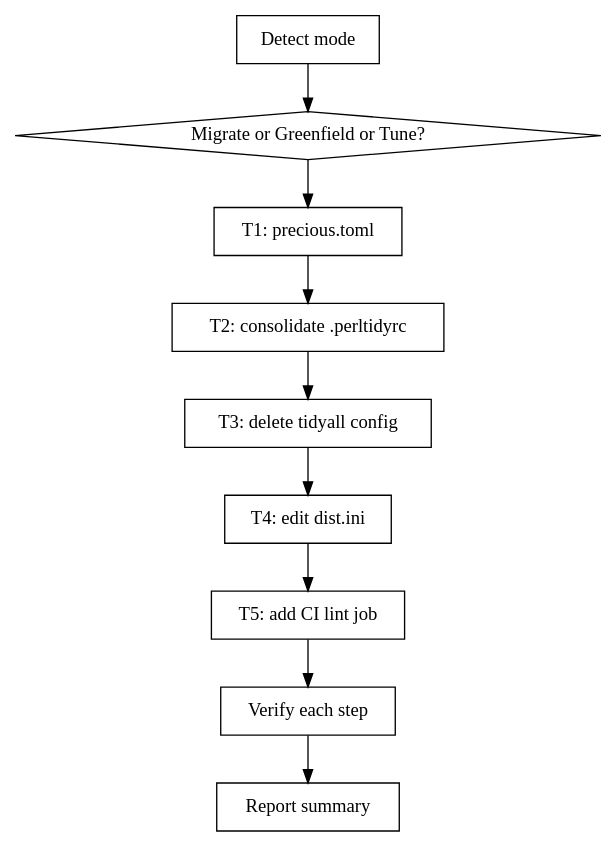
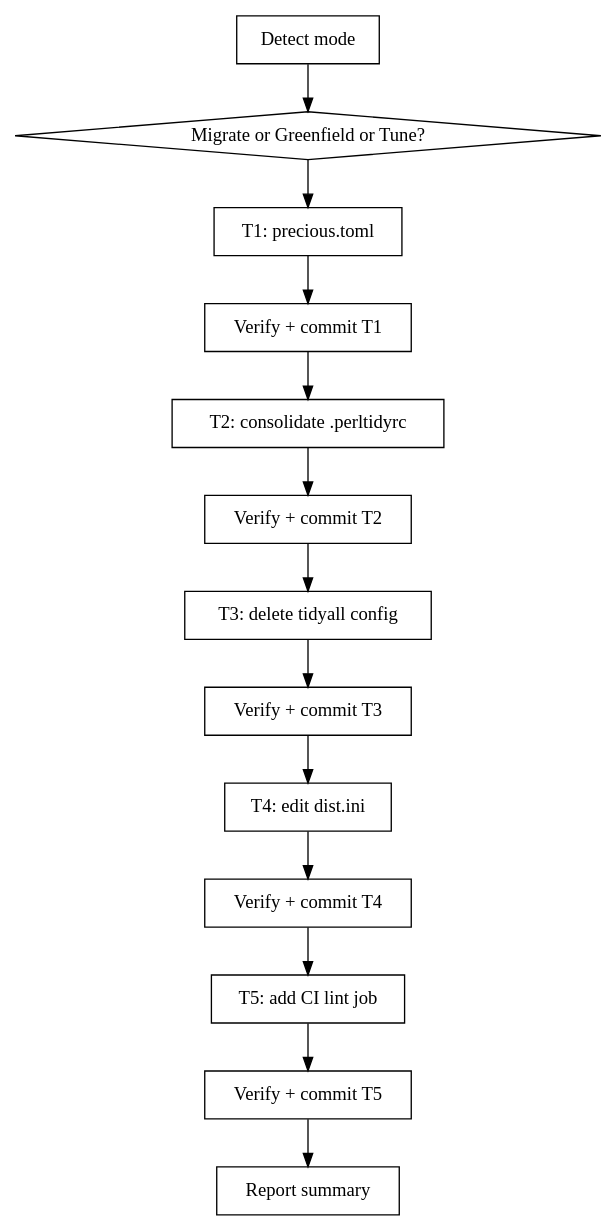
One commit to oalders/kitchen-sink changed the diagram in skills/tune-precious/SKILL.md. Above: the diagram before and after it, drawn with Graphviz. The commit also changed other lines of this file, not shown here.

First line of the commit message:
skill(tune-precious): address code review feedback

````diff
--- a/skills/tune-precious/SKILL.md
+++ b/skills/tune-precious/SKILL.md
@@ -61,22 +61,30 @@
 ```dot
 digraph tune_precious {
     "Detect mode" [shape=box];
     "Migrate or Greenfield or Tune?" [shape=diamond];
     "T1: precious.toml" [shape=box];
+    "Verify + commit T1" [shape=box];
     "T2: consolidate .perltidyrc" [shape=box];
+    "Verify + commit T2" [shape=box];
     "T3: delete tidyall config" [shape=box];
+    "Verify + commit T3" [shape=box];
     "T4: edit dist.ini" [shape=box];
+    "Verify + commit T4" [shape=box];
     "T5: add CI lint job" [shape=box];
-    "Verify each step" [shape=box];
+    "Verify + commit T5" [shape=box];
     "Report summary" [shape=box];
 
     "Detect mode" -> "Migrate or Greenfield or Tune?";
     "Migrate or Greenfield or Tune?" -> "T1: precious.toml";
-    "T1: precious.toml" -> "T2: consolidate .perltidyrc";
-    "T2: consolidate .perltidyrc" -> "T3: delete tidyall config";
-    "T3: delete tidyall config" -> "T4: edit dist.ini";
-    "T4: edit dist.ini" -> "T5: add CI lint job";
-    "T5: add CI lint job" -> "Verify each step";
-    "Verify each step" -> "Report summary";
+    "T1: precious.toml" -> "Verify + commit T1";
+    "Verify + commit T1" -> "T2: consolidate .perltidyrc";
+    "T2: consolidate .perltidyrc" -> "Verify + commit T2";
+    "Verify + commit T2" -> "T3: delete tidyall config";
+    "T3: delete tidyall config" -> "Verify + commit T3";
+    "Verify + commit T3" -> "T4: edit dist.ini";
+    "T4: edit dist.ini" -> "Verify + commit T4";
+    "Verify + commit T4" -> "T5: add CI lint job";
+    "T5: add CI lint job" -> "Verify + commit T5";
+    "Verify + commit T5" -> "Report summary";
 }
 ```
````
